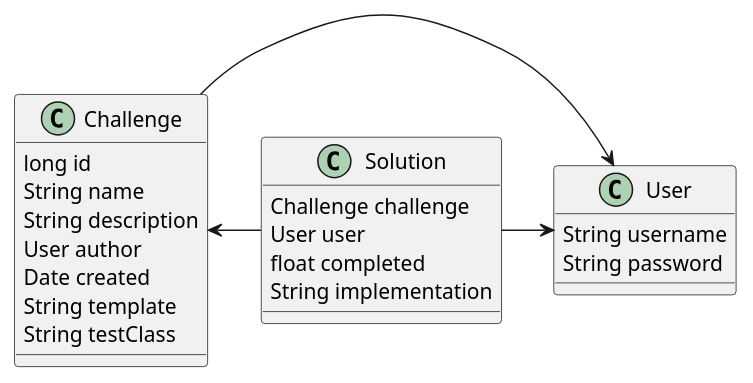
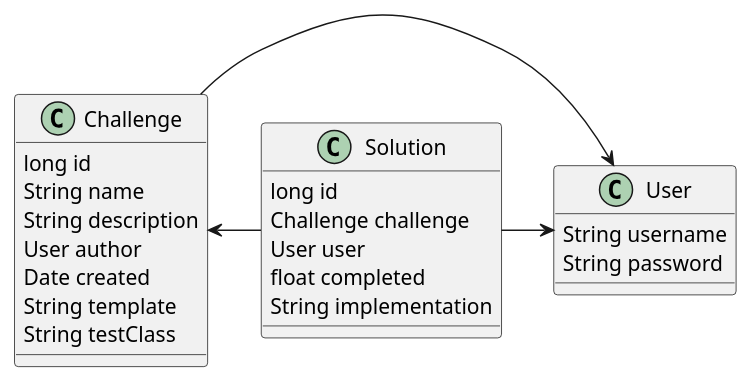
One commit to Daemon712/foobarbaz-backend changed the diagram in design/data_model/common.puml. Above: the diagram before and after it, drawn with PlantUML.

Commit message:
add id for solution

```diff
--- a/design/data_model/common.puml
+++ b/design/data_model/common.puml
@@ -1,30 +1,31 @@
 @startuml
 
 class User {
     String username
     String password
 }
 
 class Challenge {
     long id
     String name
     String description
     User author
     Date created
     String template
     String testClass
 }
 
 class Solution {
+    long id
     Challenge challenge
     User user
     float completed
     String implementation
 }
 
 
 Challenge -> User
 Challenge <- Solution
 Solution -> User
 
 @enduml
```
